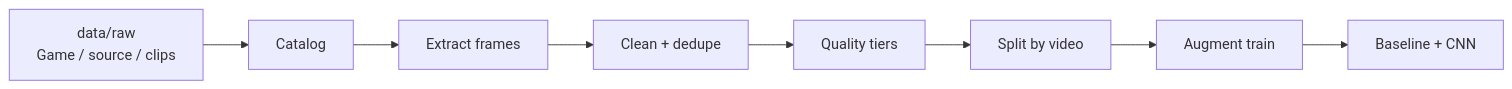
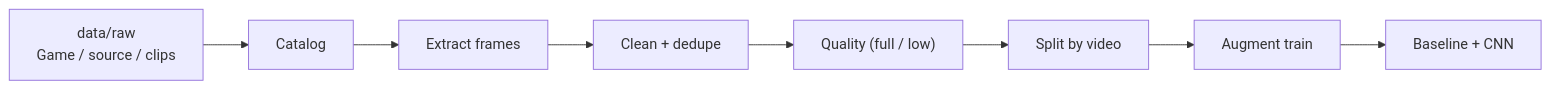
Before and after one commit to EdisonLing/game-frame-classifier: the second of 2 diagrams in README.md, drawn with Mermaid. The commit also changed other lines of this file, not shown here.

Commit message:
docs: rewrite readme around model contract and quality tiers

````diff
--- a/README.md
+++ b/README.md
@@ -32,13 +30,13 @@
 ```mermaid
 flowchart LR
   Raw["data/raw<br/>Game / source / clips"]
   Cat[Catalog]
   Ext[Extract frames]
   Clean[Clean + dedupe]
-  Qual[Quality tiers]
+  Qual["Quality (full / low)"]
   Split[Split by video]
   Aug[Augment train]
   Models[Baseline + CNN]
 
   Raw --> Cat --> Ext --> Clean --> Qual --> Split --> Aug --> Models
 ```
````
